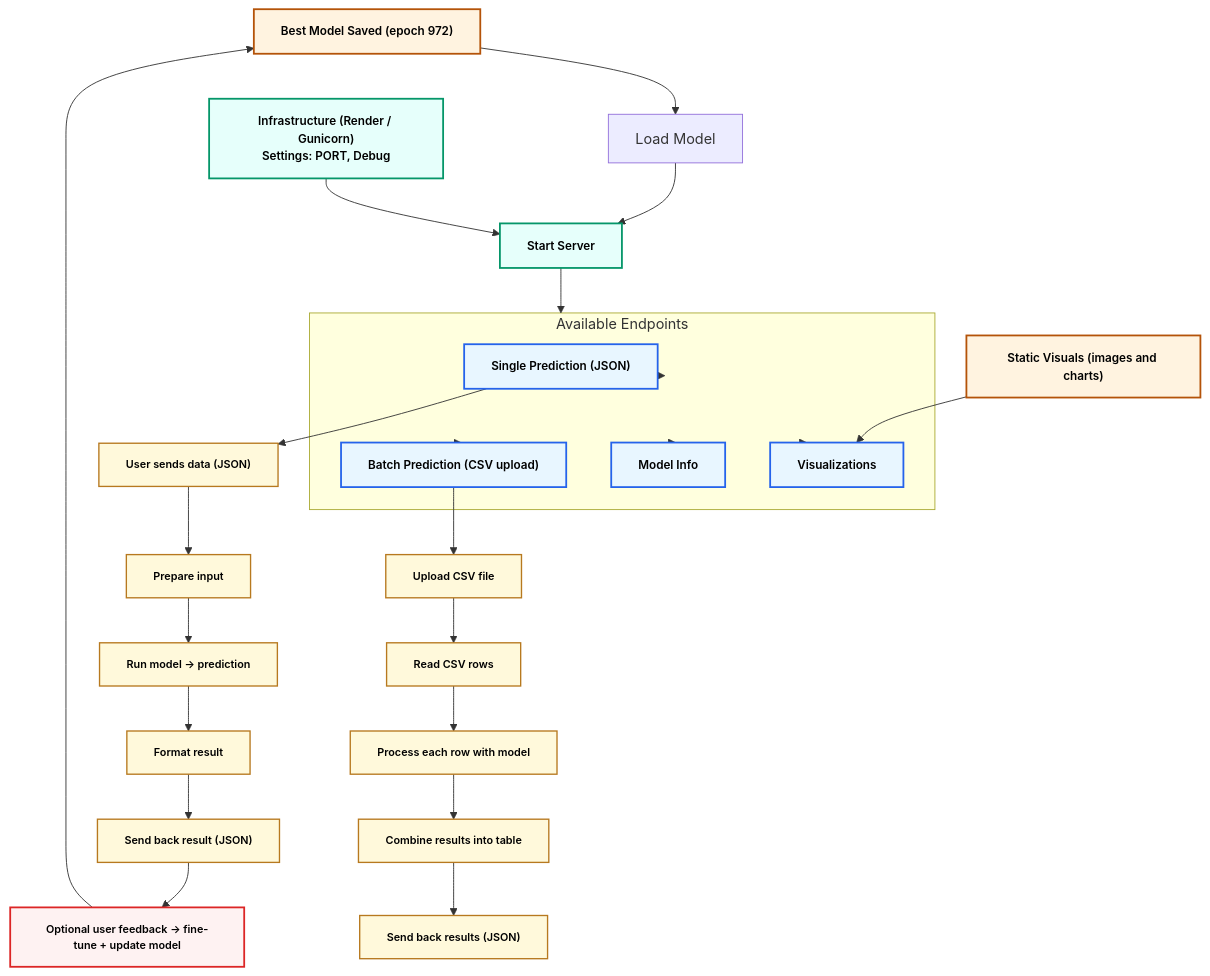
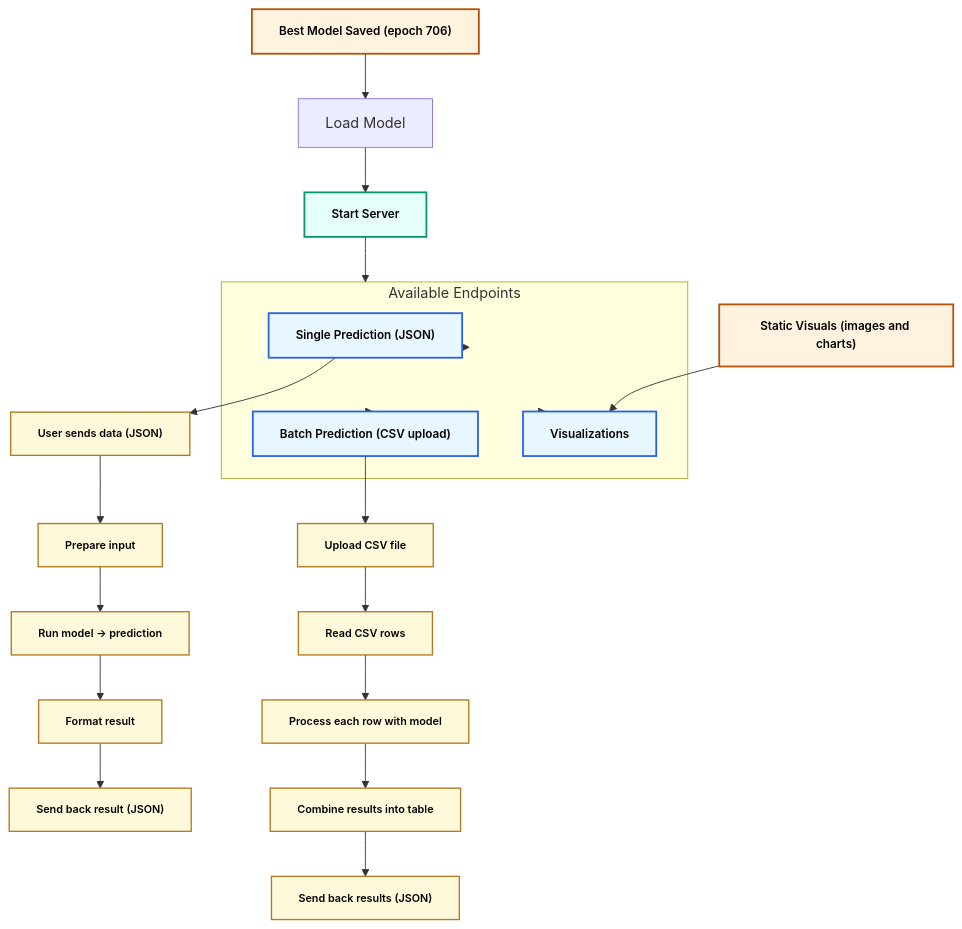
One commit to DeadUser123/Space-APPS-Hackathon changed the second of 2 diagrams in README.md. Above: the diagram before and after it, drawn with Mermaid. The commit also changed other lines of this file and 2 other files, not shown here.

````diff
--- a/README.md
+++ b/README.md
@@ -46,62 +37,43 @@
 ```mermaid
 flowchart TD
-  CKPT["Best Model Saved (epoch 972)"]
-  LOAD["Load Model"]
-  STATIC["Static Visuals (images and charts)"]
-  START["Start Server"]
-  DEPLOY["Infrastructure (Render / Gunicorn)\nSettings: PORT, Debug"]
-
-  subgraph API["Available Endpoints"]
-    PRED["Single Prediction (JSON)"]
-    BATCH["Batch Prediction (CSV upload)"]
-    INFO["Model Info"]
-    VIS["Visualizations"]
+ subgraph API["Available Endpoints"]
+        PRED["Single Prediction (JSON)"]
+        BATCH["Batch Prediction (CSV upload)"]
+        VIS["Visualizations"]
   end
-
-  %% Single prediction flow (with inline feedback)
-  REQ1["User sends data (JSON)"]
-  PRE1["Prepare input"]
-  MODEL1["Run model → prediction"]
-  POST1["Format result"]
-  RESP1["Send back result (JSON)"]
-  FEEDBACK["Optional user feedback → fine-tune + update model"]
-
-  %% Batch flow
-  FILE["Upload CSV file"]
-  PARSE["Read CSV rows"]
-  LOOP["Process each row with model"]
-  AGG["Combine results into table"]
-  RESP2["Send back results (JSON)"]
-
-  %% Structure
-  CKPT --> LOAD
-  LOAD --> START
-  START --> API
-  STATIC --> VIS
-  DEPLOY --> START
-
-  %% Flows
-  API --> PRED
-  API --> BATCH
-  API --> INFO
-  API --> VIS
-
-  %% Prediction + inline feedback
-  PRED --> REQ1 --> PRE1 --> MODEL1 --> POST1 --> RESP1 --> FEEDBACK --> CKPT
-
-  %% Batch
-  BATCH --> FILE --> PARSE --> LOOP --> AGG --> RESP2
-
-  %% Styles for readability
-  classDef artifact fill:#fff3e0,stroke:#b45309,stroke-width:2px,color:#000,font-size:13px,font-weight:600;
-  classDef server fill:#e6fffb,stroke:#059669,stroke-width:2px,color:#000,font-size:13px,font-weight:600;
-  classDef endpoint fill:#e8f6ff,stroke:#2563eb,stroke-width:2px,color:#000,font-size:13px,font-weight:600;
-  classDef flow fill:#fff9db,stroke:#b7791f,stroke-width:1.5px,color:#000,font-size:12px,font-weight:600;
-  classDef feedback fill:#fef2f2,stroke:#dc2626,stroke-width:2px,color:#000,font-size:12px,font-weight:600;
-
-  class CKPT,STATIC artifact;
-  class START,DEPLOY server;
-  class PRED,BATCH,INFO,VIS endpoint;
-  class REQ1,PRE1,MODEL1,POST1,RESP1,FILE,PARSE,LOOP,AGG,RESP2 flow;
-  class FEEDBACK feedback;
+    CKPT["Best Model Saved (epoch 706)"] --> LOAD["Load Model"]
+    LOAD --> START["Start Server"]
+    START --> API
+    STATIC["Static Visuals (images and charts)"] --> VIS
+    PRED --> REQ1["User sends data (JSON)"]
+    REQ1 --> PRE1["Prepare input"]
+    PRE1 --> MODEL1["Run model → prediction"]
+    MODEL1 --> POST1["Format result"]
+    POST1 --> RESP1["Send back result (JSON)"]
+    BATCH --> FILE["Upload CSV file"]
+    FILE --> PARSE["Read CSV rows"]
+    PARSE --> LOOP["Process each row with model"]
+    LOOP --> AGG["Combine results into table"]
+    AGG --> RESP2["Send back results (JSON)"]
+    API --> PRED & BATCH & VIS
+     PRED:::endpoint
+     BATCH:::endpoint
+     VIS:::endpoint
+     CKPT:::artifact
+     START:::server
+     STATIC:::artifact
+     REQ1:::flow
+     PRE1:::flow
+     MODEL1:::flow
+     POST1:::flow
+     RESP1:::flow
+     FILE:::flow
+     PARSE:::flow
+     LOOP:::flow
+     AGG:::flow
+     RESP2:::flow
+    classDef artifact fill:#fff3e0,stroke:#b45309,stroke-width:2px,color:#000,font-size:13px,font-weight:600
+    classDef server fill:#e6fffb,stroke:#059669,stroke-width:2px,color:#000,font-size:13px,font-weight:600
+    classDef endpoint fill:#e8f6ff,stroke:#2563eb,stroke-width:2px,color:#000,font-size:13px,font-weight:600
+    classDef flow fill:#fff9db,stroke:#b7791f,stroke-width:1.5px,color:#000,font-size:12px,font-weight:600
 ```
````
